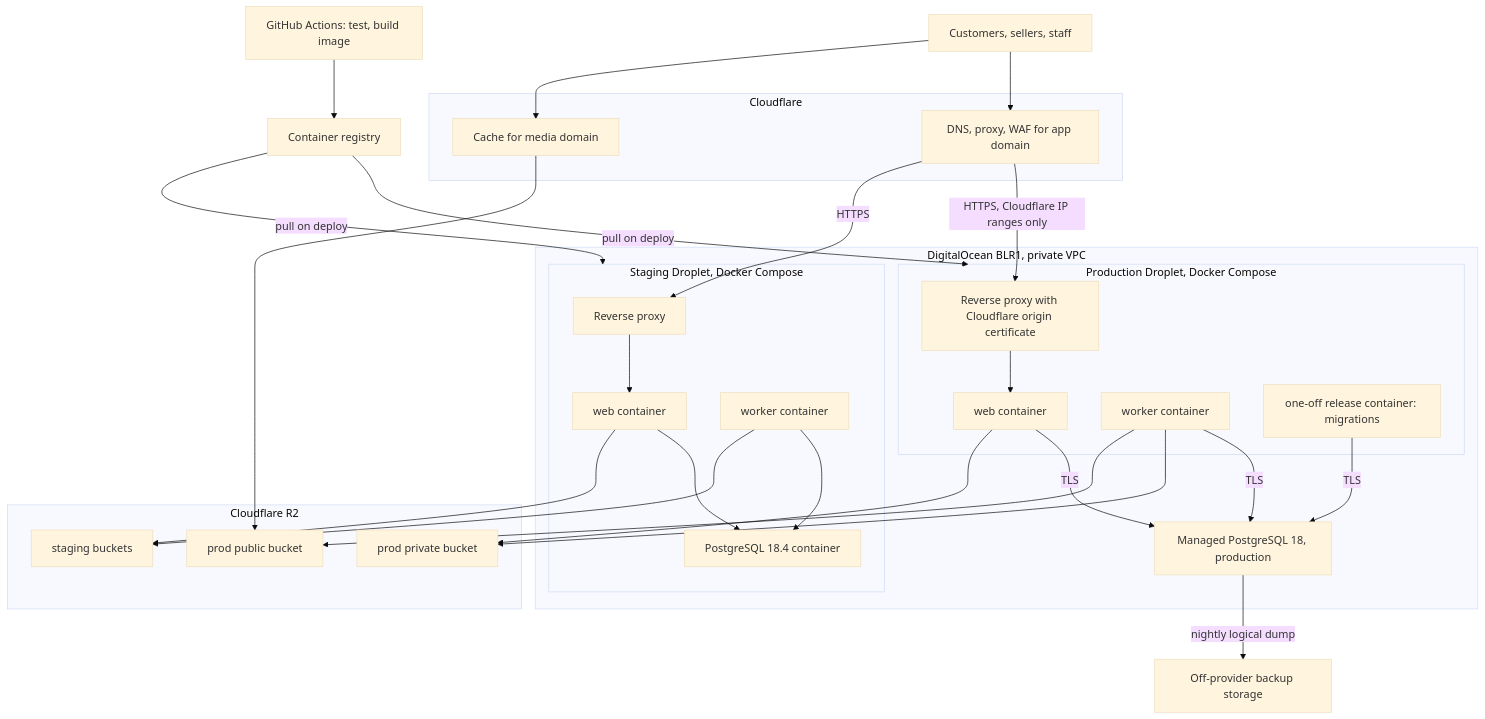
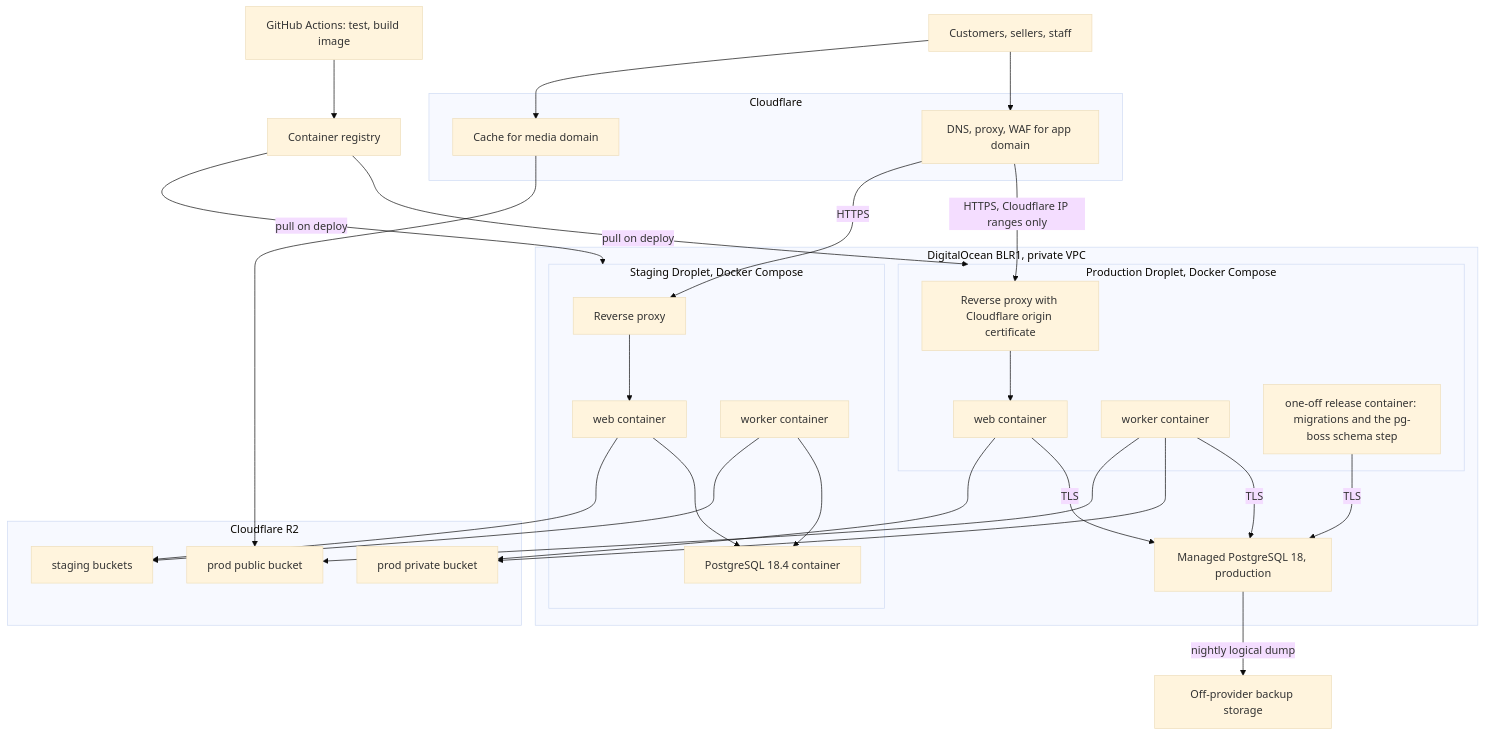
The fourth of 12 diagrams in docs/03-system-architecture.md (harublank0-0/drip-nepal), drawn with Mermaid (base theme) before and after one commit. The commit also changed other lines of this file and 2 other files, not shown here.

````diff
--- a/docs/03-system-architecture.md
+++ b/docs/03-system-architecture.md
@@ -411,57 +411,57 @@
 ```mermaid
 flowchart TB
   users["Customers, sellers, staff"]
   ci["GitHub Actions: test, build image"]
   registry["Container registry"]
 
   subgraph cloudflare["Cloudflare"]
     cfproxy["DNS, proxy, WAF for app domain"]
     cfmedia["Cache for media domain"]
   end
 
   subgraph blr1["DigitalOcean BLR1, private VPC"]
     subgraph prodhost["Production Droplet, Docker Compose"]
       proxy["Reverse proxy with Cloudflare origin certificate"]
       webprod["web container"]
       workerprod["worker container"]
-      release["one-off release container: migrations"]
+      release["one-off release container: migrations and the pg-boss schema step"]
     end
     pgprod["Managed PostgreSQL 18, production"]
     subgraph stghost["Staging Droplet, Docker Compose"]
       proxystg["Reverse proxy"]
       webstg["web container"]
       workerstg["worker container"]
       pgstg["PostgreSQL 18.4 container"]
     end
   end
 
   subgraph r2["Cloudflare R2"]
     prodpriv["prod private bucket"]
     prodpub["prod public bucket"]
     stgbuckets["staging buckets"]
   end
 
   offsite["Off-provider backup storage"]
 
   users --> cfproxy
   users --> cfmedia
   cfproxy -->|HTTPS, Cloudflare IP ranges only| proxy
   cfproxy -->|HTTPS| proxystg
   proxy --> webprod
   webprod -->|TLS| pgprod
   workerprod -->|TLS| pgprod
   release -->|TLS| pgprod
   cfmedia --> prodpub
   webprod --> prodpriv
   workerprod --> prodpriv
   workerprod --> prodpub
   proxystg --> webstg
   webstg --> pgstg
   workerstg --> pgstg
   webstg --> stgbuckets
   workerstg --> stgbuckets
   ci --> registry
   registry -->|pull on deploy| prodhost
   registry -->|pull on deploy| stghost
   pgprod -->|nightly logical dump| offsite
 ```
````
